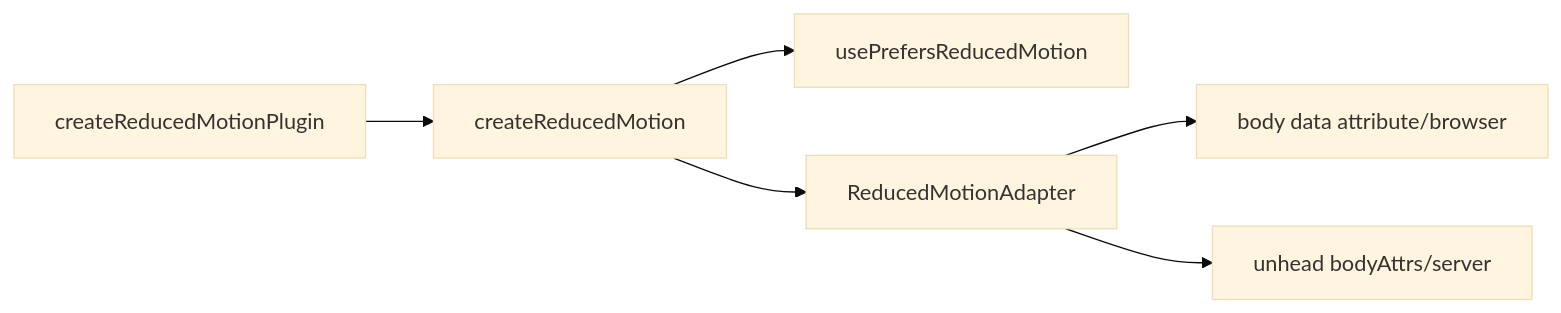
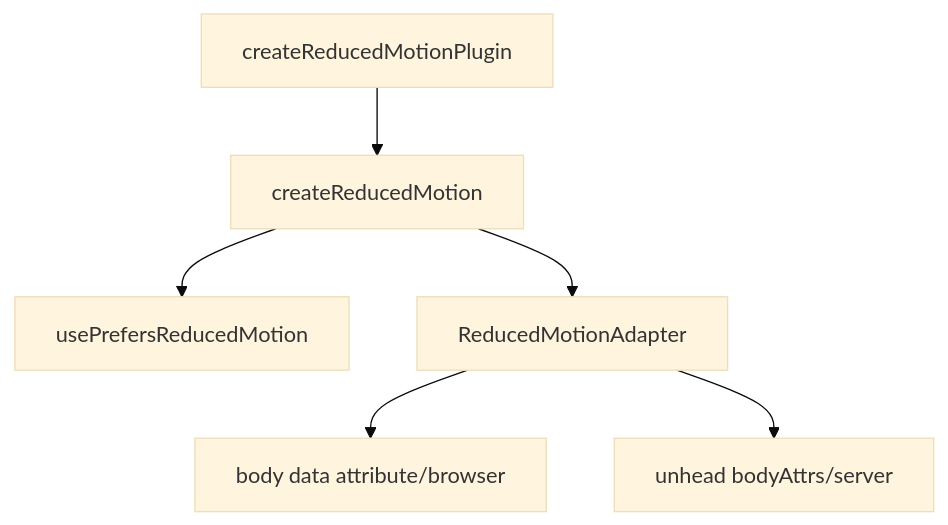
One commit to vuetifyjs/0 changed the diagram in apps/docs/src/pages/composables/plugins/use-reduced-motion.md. Above: the diagram before and after it, drawn with Mermaid (base theme). The commit also changed 16 other files, not shown here.

Commit message:
docs: mobile polish — mermaid readability, touch targets, and scroll affordances (#966)

````diff
--- a/apps/docs/src/pages/composables/plugins/use-reduced-motion.md
+++ b/apps/docs/src/pages/composables/plugins/use-reduced-motion.md
@@ -97,8 +97,8 @@
 ```mermaid "Reduced Motion Plugin"
-flowchart LR
+flowchart TD
   plugin[createReducedMotionPlugin] --> context[createReducedMotion]
   context --> media[usePrefersReducedMotion]
   context --> adapter[ReducedMotionAdapter]
   adapter --> body[body data attribute/browser]
   adapter --> unhead[unhead bodyAttrs/server]
 ```
````
